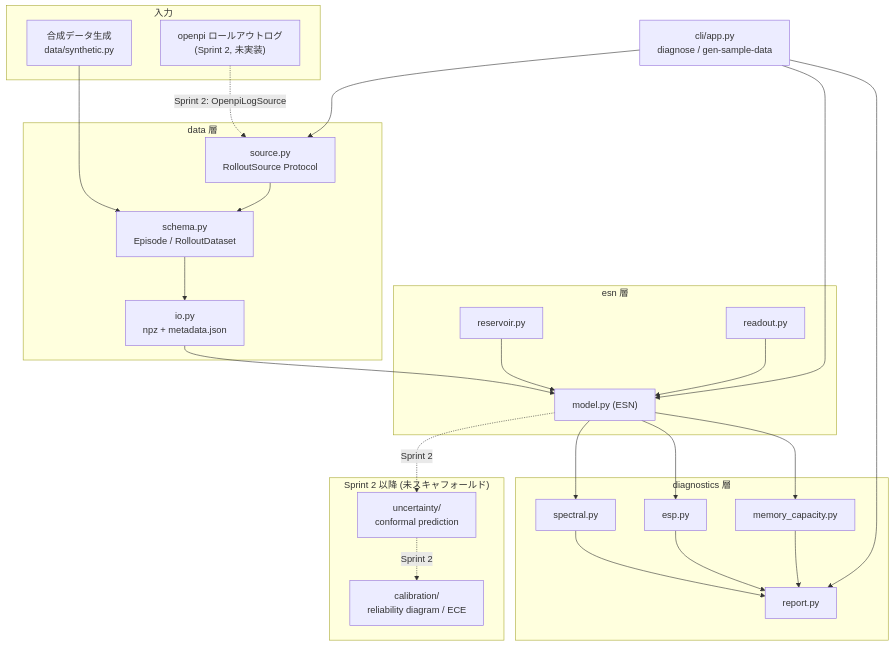
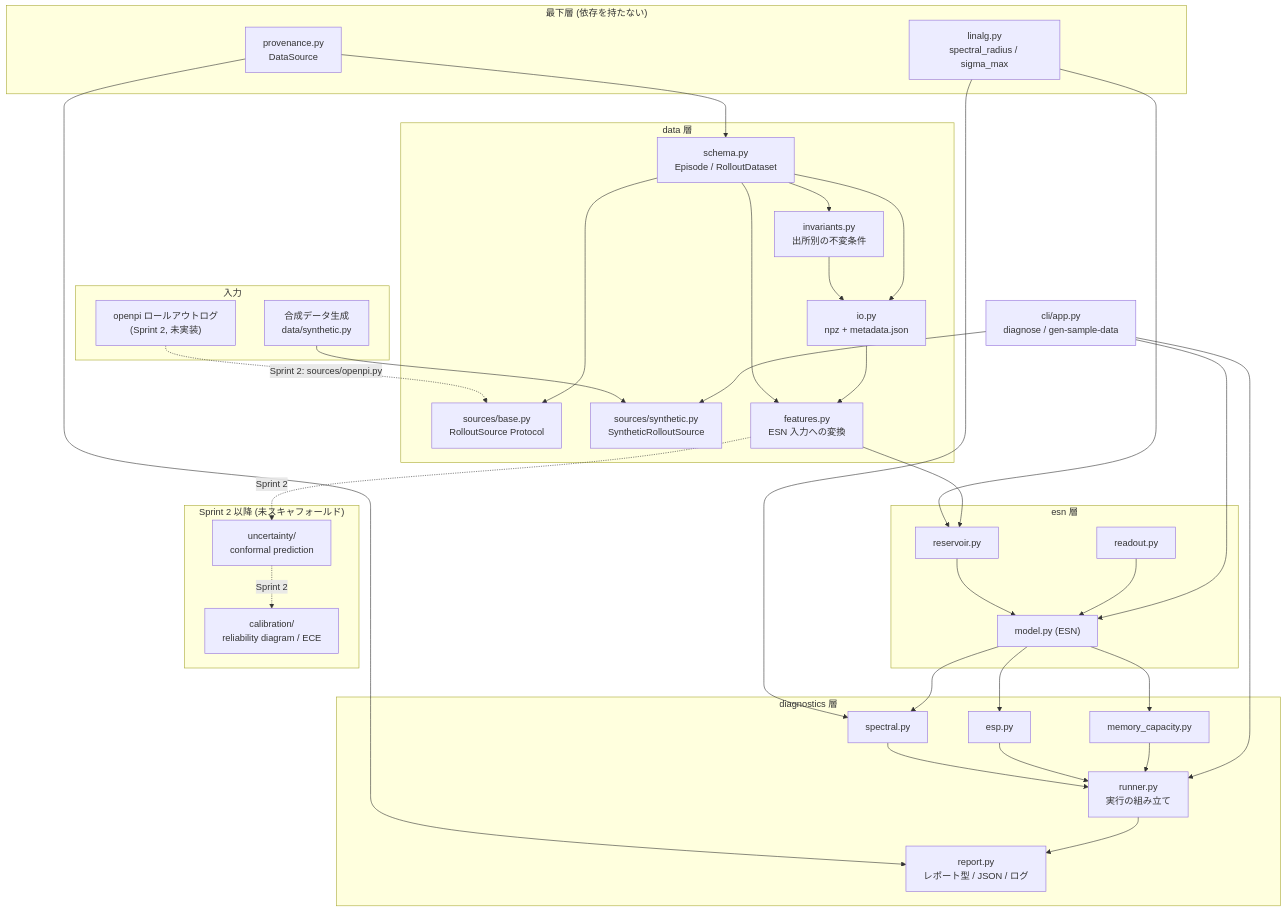
Before and after one commit to Kotton-MAS/esn-vla-uq: the diagram in docs/design.md, drawn with Mermaid. The commit also changed other lines of this file and 30 other files, not shown here.

First line of the commit message:
refactor: prepare the data and diagnostics layers for Sprint 2

````diff
--- a/docs/design.md
+++ b/docs/design.md
@@ -61,47 +61,66 @@
 ```mermaid
 graph TD
     subgraph 入力
         OPENPI["openpi ロールアウトログ<br/>(Sprint 2, 未実装)"]
         SYN["合成データ生成<br/>data/synthetic.py"]
     end
 
+    subgraph base["最下層 (依存を持たない)"]
+        LINALG["linalg.py<br/>spectral_radius / sigma_max"]
+        PROV["provenance.py<br/>DataSource"]
+    end
+
     subgraph data["data 層"]
-        SRC["source.py<br/>RolloutSource Protocol"]
         SCHEMA["schema.py<br/>Episode / RolloutDataset"]
+        INV["invariants.py<br/>出所別の不変条件"]
+        SRCBASE["sources/base.py<br/>RolloutSource Protocol"]
+        SRCSYN["sources/synthetic.py<br/>SyntheticRolloutSource"]
         IO["io.py<br/>npz + metadata.json"]
+        FEAT["features.py<br/>ESN 入力への変換"]
     end
 
     subgraph esn["esn 層"]
         RES["reservoir.py"]
         RO["readout.py"]
         MODEL["model.py (ESN)"]
     end
 
     subgraph diagnostics["diagnostics 層"]
         SPEC["spectral.py"]
         ESP["esp.py"]
         MC["memory_capacity.py"]
-        REPORT["report.py"]
+        RUNNER["runner.py<br/>実行の組み立て"]
+        REPORT["report.py<br/>レポート型 / JSON / ログ"]
     end
 
     subgraph future["Sprint 2 以降 (未スキャフォールド)"]
         UQ["uncertainty/<br/>conformal prediction"]
         CAL["calibration/<br/>reliability diagram / ECE"]
     end
 
-    OPENPI -. "Sprint 2: OpenpiLogSource" .-> SRC
-    SYN --> SCHEMA
-    SRC --> SCHEMA --> IO
-    IO --> MODEL
+    PROV --> SCHEMA
+    PROV --> REPORT
+    LINALG --> RES
+    LINALG --> SPEC
+
+    OPENPI -. "Sprint 2: sources/openpi.py" .-> SRCBASE
+    SYN --> SRCSYN
+    SCHEMA --> INV --> IO
+    SCHEMA --> SRCBASE
+    SCHEMA --> FEAT
+    SCHEMA --> IO
+    IO --> FEAT
+    FEAT --> RES
     RES --> MODEL
     RO --> MODEL
     MODEL --> SPEC & ESP & MC
-    SPEC --> REPORT
-    ESP --> REPORT
-    MC --> REPORT
-    MODEL -. "Sprint 2" .-> UQ -. "Sprint 2" .-> CAL
+    SPEC --> RUNNER
+    ESP --> RUNNER
+    MC --> RUNNER
+    RUNNER --> REPORT
+    FEAT -. "Sprint 2" .-> UQ -. "Sprint 2" .-> CAL
 
-    CLI["cli/app.py<br/>diagnose / gen-sample-data"] --> SRC
+    CLI["cli/app.py<br/>diagnose / gen-sample-data"] --> SRCSYN
     CLI --> MODEL
-    CLI --> REPORT
+    CLI --> RUNNER
 ```
````
